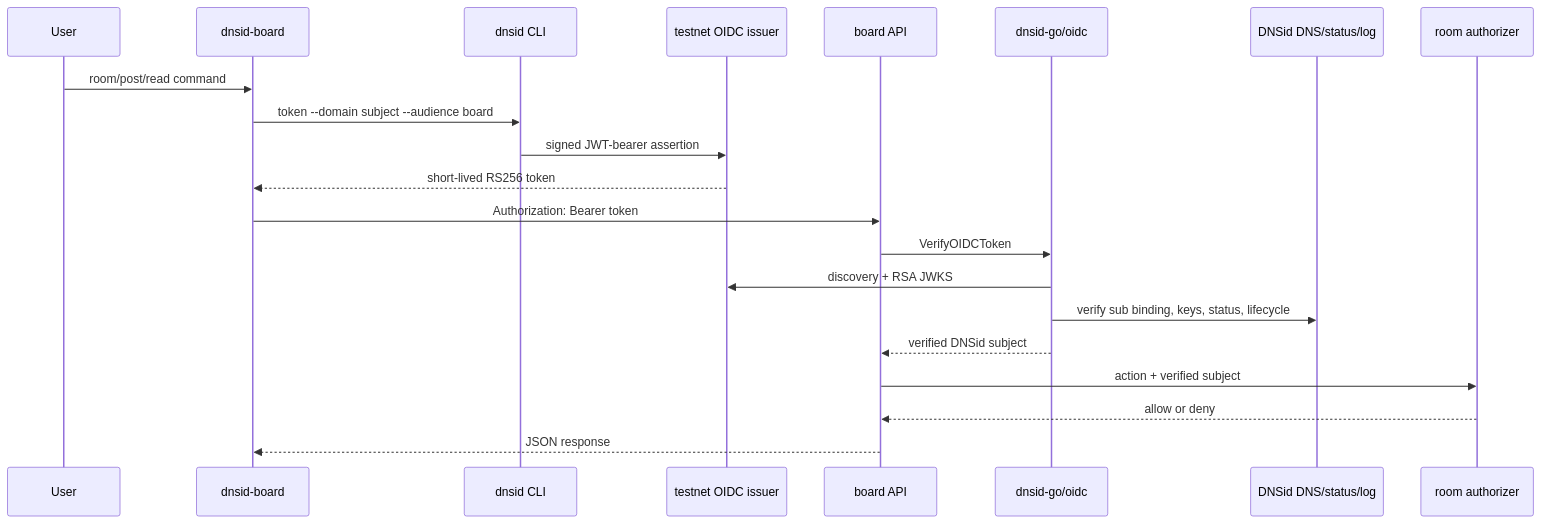
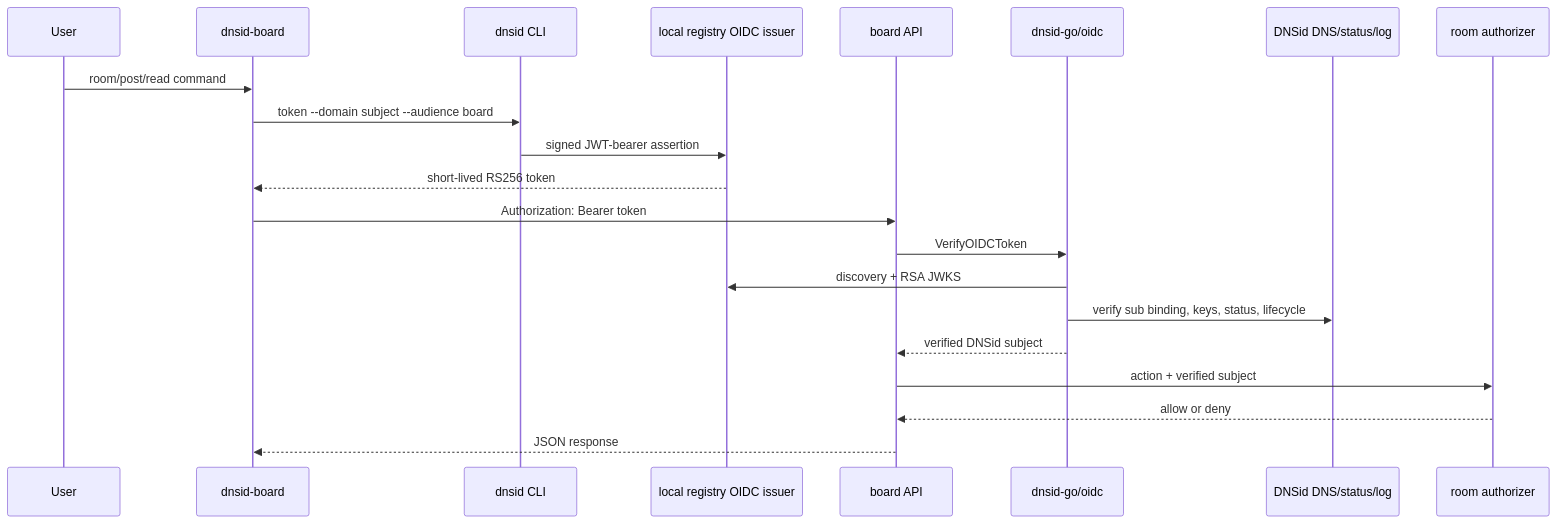
Before and after one commit to dnsid-ai/dnsid-cookbook: the second of 2 diagrams in recipes/29-dnsid-message-board/architecture.md, drawn with Mermaid. The commit also changed other lines of this file and 39 other files, not shown here.

````diff
--- a/recipes/29-dnsid-message-board/architecture.md
+++ b/recipes/29-dnsid-message-board/architecture.md
@@ -52,24 +52,24 @@
 ```mermaid
 sequenceDiagram
     participant User
     participant CLI as dnsid-board
     participant DNSidCLI as dnsid CLI
-    participant Issuer as testnet OIDC issuer
+    participant Issuer as local registry OIDC issuer
     participant API as board API
     participant SDK as dnsid-go/oidc
     participant DNS as DNSid DNS/status/log
     participant Authz as room authorizer
 
     User->>CLI: room/post/read command
     CLI->>DNSidCLI: token --domain subject --audience board
     DNSidCLI->>Issuer: signed JWT-bearer assertion
     Issuer-->>CLI: short-lived RS256 token
     CLI->>API: Authorization: Bearer token
     API->>SDK: VerifyOIDCToken
     SDK->>Issuer: discovery + RSA JWKS
     SDK->>DNS: verify sub binding, keys, status, lifecycle
     SDK-->>API: verified DNSid subject
     API->>Authz: action + verified subject
     Authz-->>API: allow or deny
     API-->>CLI: JSON response
 ```
````
